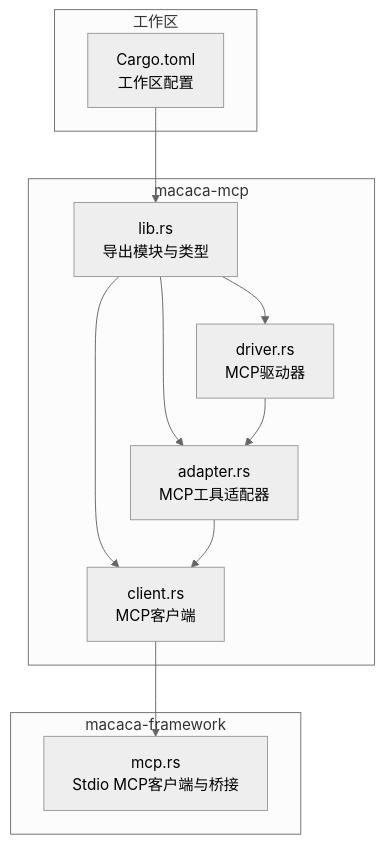
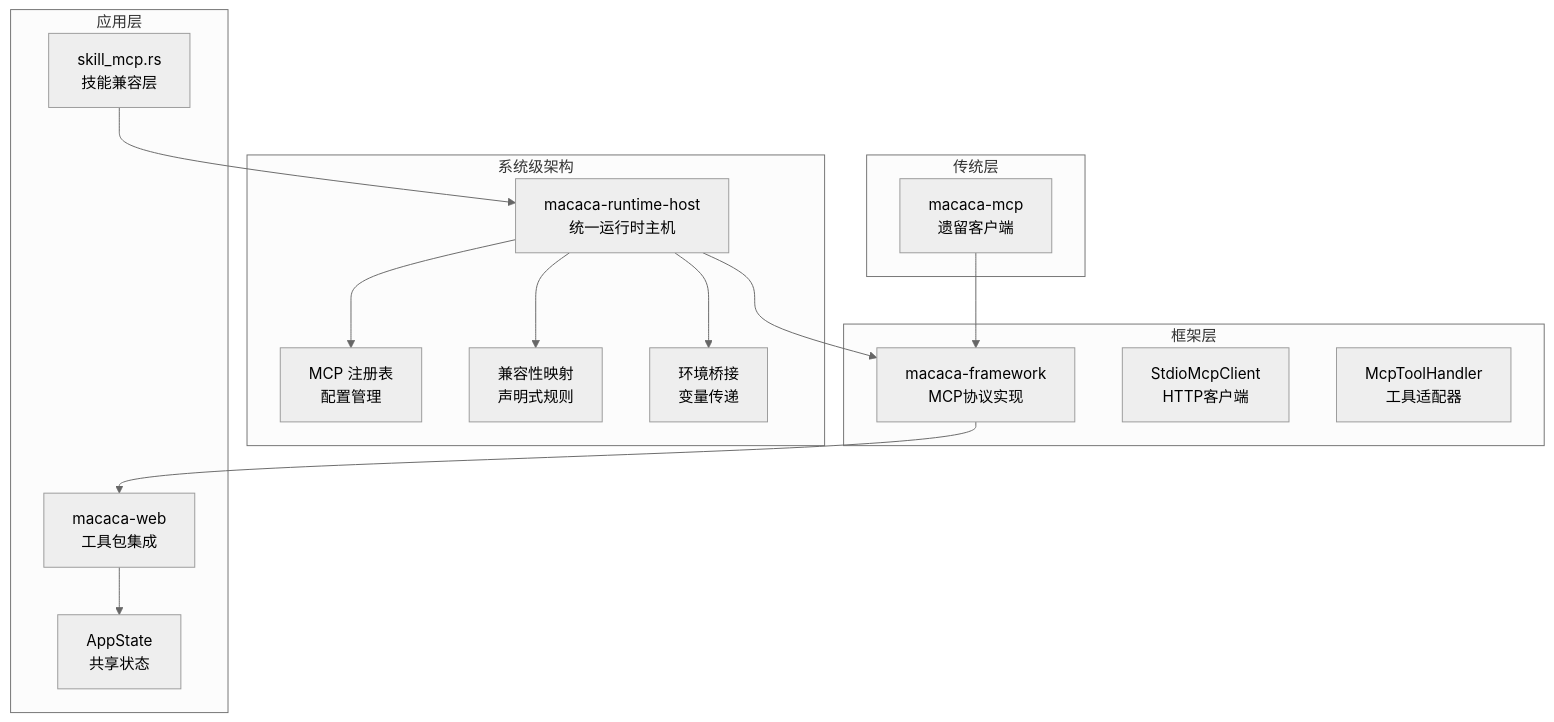
The first of 11 diagrams in .qoder/repowiki/zh/content/扩展开发/MCP协议.md (ixiejun/macaca), drawn with Mermaid (neutral theme) before and after one commit. The commit also changed other lines of this file and 49 other files, not shown here.

````diff
--- a/.qoder/repowiki/zh/content/扩展开发/MCP协议.md
+++ b/.qoder/repowiki/zh/content/扩展开发/MCP协议.md
@@ -43,22 +68,30 @@
 ```mermaid
 graph TB
-subgraph "工作区"
-W["Cargo.toml<br/>工作区配置"]
+subgraph "系统级架构"
+Host["macaca-runtime-host<br/>统一运行时主机"]
+Registry["MCP 注册表<br/>配置管理"]
+Compat["兼容性映射<br/>声明式规则"]
+EnvBridge["环境桥接<br/>变量传递"]
 end
-subgraph "macaca-mcp"
-MLib["lib.rs<br/>导出模块与类型"]
-MClient["client.rs<br/>MCP客户端"]
-MAdapter["adapter.rs<br/>MCP工具适配器"]
-MDriver["driver.rs<br/>MCP驱动器"]
+subgraph "框架层"
+Framework["macaca-framework<br/>MCP协议实现"]
+Client["StdioMcpClient<br/>HTTP客户端"]
+Adapter["McpToolHandler<br/>工具适配器"]
 end
-subgraph "macaca-framework"
-FMcp["mcp.rs<br/>Stdio MCP客户端与桥接"]
+subgraph "应用层"
+Web["macaca-web<br/>工具包集成"]
+Skill["skill_mcp.rs<br/>技能兼容层"]
+State["AppState<br/>共享状态"]
 end
-W --> MLib
-MLib --> MClient
-MLib --> MAdapter
-MLib --> MDriver
-MDriver --> MAdapter
-MAdapter --> MClient
-MClient --> FMcp
+subgraph "传统层"
+Legacy["macaca-mcp<br/>遗留客户端"]
+end
+Host --> Framework
+Host --> Registry
+Host --> Compat
+Host --> EnvBridge
+Framework --> Web
+Web --> State
+Skill --> Host
+Legacy --> Framework
 ```
````
